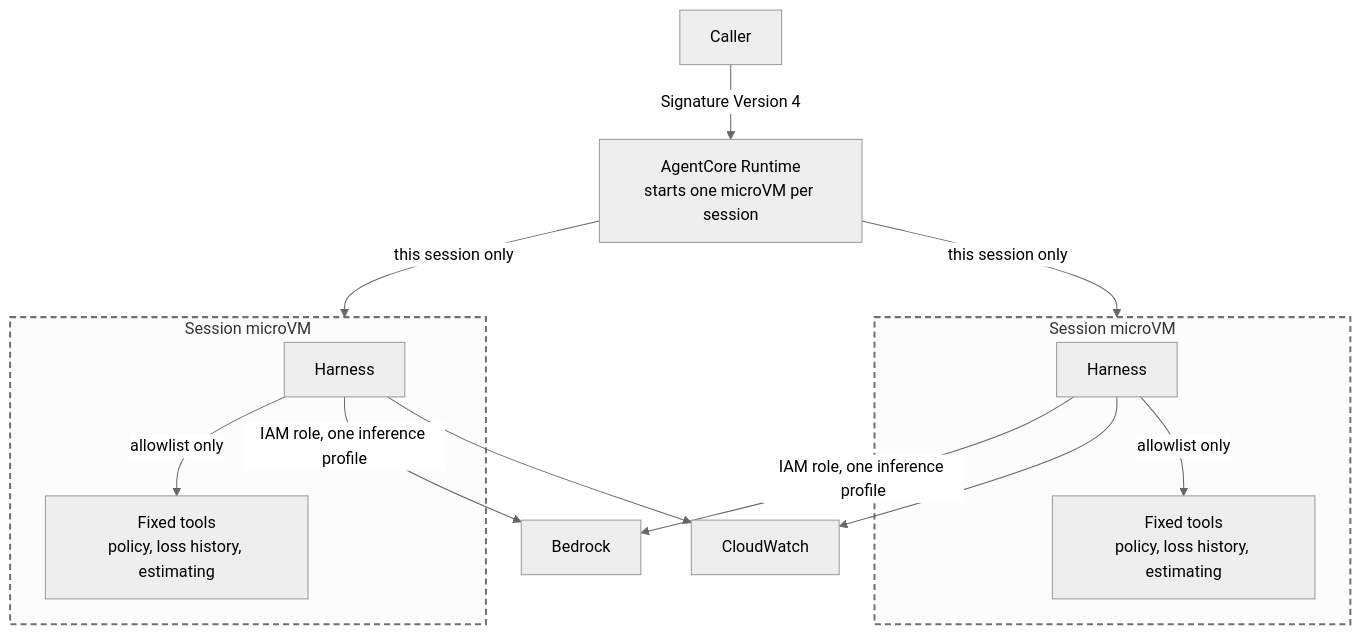
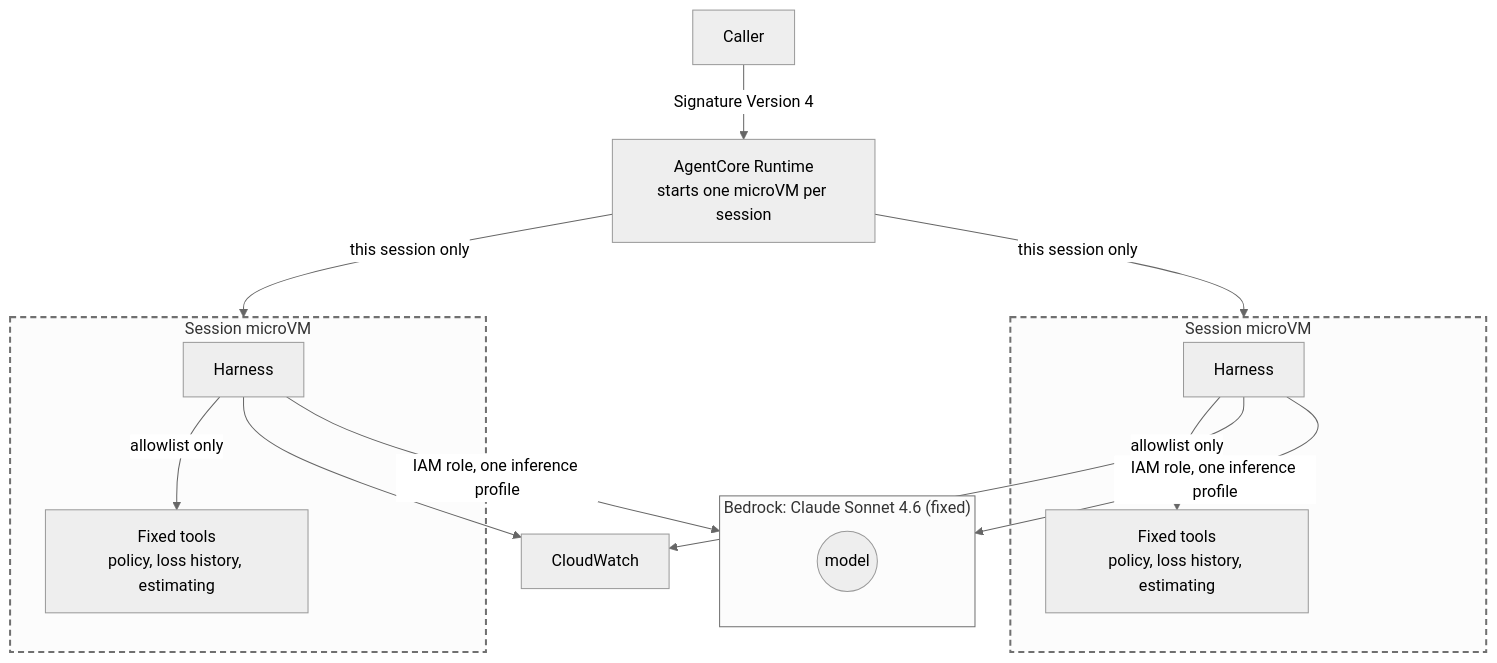
One commit to priyatam/claims-factory-demo changed the first of 4 diagrams in docs/architecture.md. Above: the diagram before and after it, drawn with Mermaid (neutral theme). The commit also changed other lines of this file and 131 other files, not shown here.

````diff
--- a/docs/architecture.md
+++ b/docs/architecture.md
@@ -83,28 +50,32 @@
 ```mermaid
 flowchart TB
   caller[Caller]
   runtime["AgentCore Runtime\nstarts one microVM per session"]
 
   caller -->|Signature Version 4| runtime
   runtime -->|this session only| vm1
   runtime -->|this session only| vm2
 
   subgraph vm1 ["Session microVM"]
     h1[Harness]
     t1["Fixed tools\npolicy, loss history, estimating"]
     h1 -->|allowlist only| t1
   end
   subgraph vm2 ["Session microVM"]
     h2[Harness]
     t2["Fixed tools\npolicy, loss history, estimating"]
     h2 -->|allowlist only| t2
   end
 
-  h1 -->|"IAM role, one inference profile"| bedrock[Bedrock]
-  h2 -->|"IAM role, one inference profile"| bedrock
+  subgraph BR ["Bedrock: Claude Sonnet 4.6 (fixed)"]
+    model(("model"))
+  end
+
+  h1 -->|"IAM role, one inference profile"| BR
+  h2 -->|"IAM role, one inference profile"| BR
   h1 --> cw[CloudWatch]
   h2 --> cw
 
   style vm1 stroke-dasharray: 6 4,stroke-width:2px
   style vm2 stroke-dasharray: 6 4,stroke-width:2px
 ```
````
